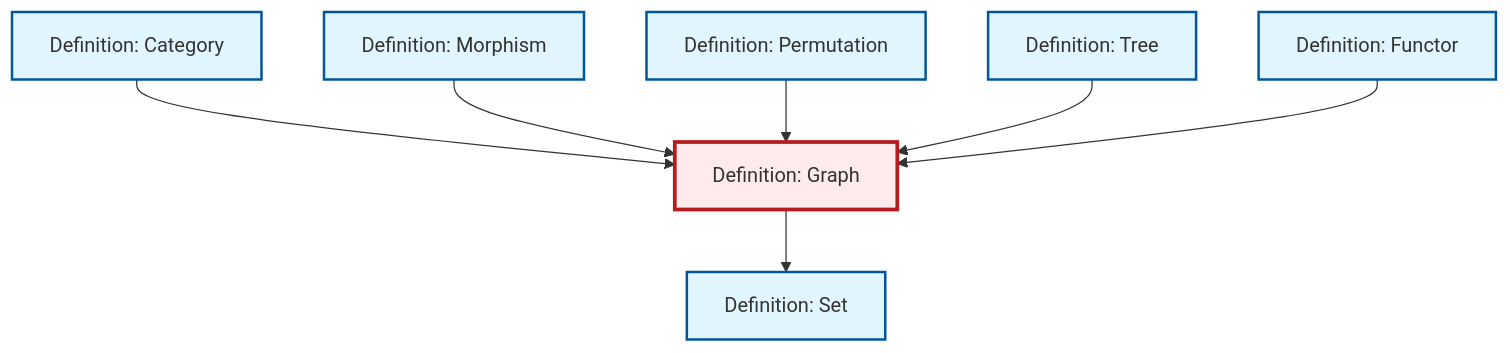
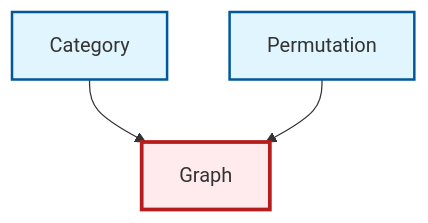
One commit to RK0429/ModernMath changed the diagram in content/en/combinatorics/def-graph.qmd. Above: the diagram before and after it, drawn with Mermaid. The commit also changed 328 other files, not shown here.

````diff
--- a/content/en/combinatorics/def-graph.qmd
+++ b/content/en/combinatorics/def-graph.qmd
@@ -93,29 +93,17 @@
 ```{mermaid}
 %%| fig-cap: "Local dependency graph"
 graph TD
     classDef definition fill:#e1f5fe,stroke:#01579b,stroke-width:2px
     classDef theorem fill:#f3e5f5,stroke:#4a148c,stroke-width:2px
     classDef axiom fill:#fff3e0,stroke:#e65100,stroke-width:2px
     classDef example fill:#e8f5e9,stroke:#1b5e20,stroke-width:2px
     classDef current fill:#ffebee,stroke:#b71c1c,stroke-width:3px
-    def-set["Definition: Set"]:::definition
-    def-tree["Definition: Tree"]:::definition
-    def-morphism["Definition: Morphism"]:::definition
-    def-permutation["Definition: Permutation"]:::definition
-    def-category["Definition: Category"]:::definition
-    def-functor["Definition: Functor"]:::definition
-    def-graph["Definition: Graph"]:::definition
-    def-graph --> def-set
+    def-category["Category"]:::definition
+    def-graph["Graph"]:::definition
+    def-permutation["Permutation"]:::definition
     def-category --> def-graph
-    def-morphism --> def-graph
     def-permutation --> def-graph
-    def-tree --> def-graph
-    def-functor --> def-graph
     class def-graph current
-    click def-set "def-set.html" "Go to Set definition"
-    click def-tree "def-tree.html" "Go to Tree definition"
-    click def-morphism "def-morphism.html" "Go to Morphism definition"
-    click def-permutation "def-permutation.html" "Go to Permutation definition"
-    click def-category "def-category.html" "Go to Category definition"
-    click def-functor "def-functor.html" "Go to Functor definition"
+    click def-category "def-category.html" "Go to Category"
+    click def-permutation "def-permutation.html" "Go to Permutation"
 ```
````
